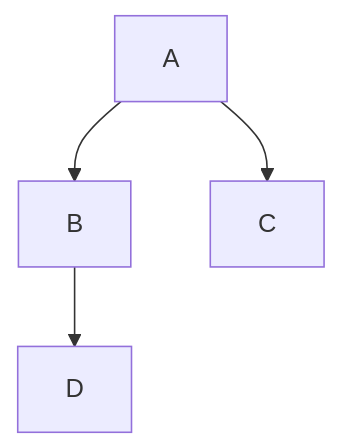
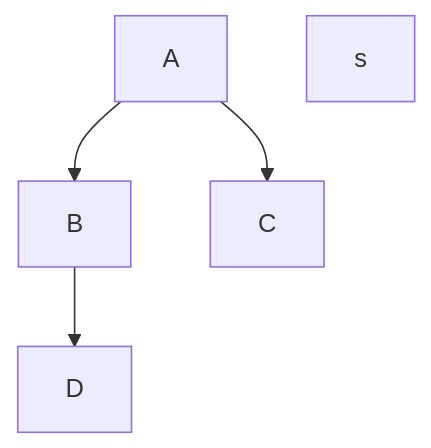
One commit to yellowrook1/yellowrook1 changed the first of 2 diagrams in README.md. Above: the diagram before and after it, drawn with Mermaid.

````diff
--- a/README.md
+++ b/README.md
@@ -4,7 +4,7 @@
 ```mermaid
   graph TD;
-      A-->B;
+      A-->B;s
       A-->C;
       B-->D;
       
 ```
````
